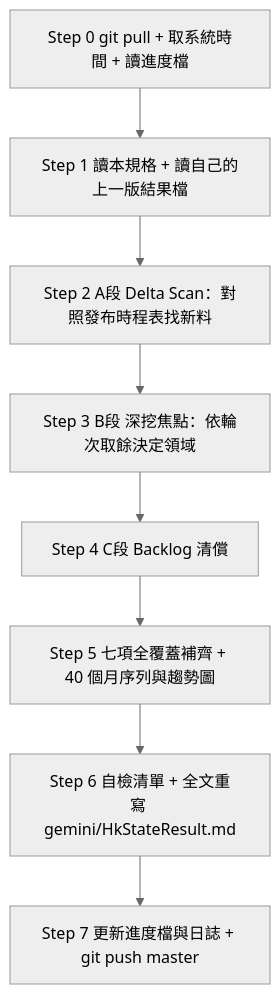
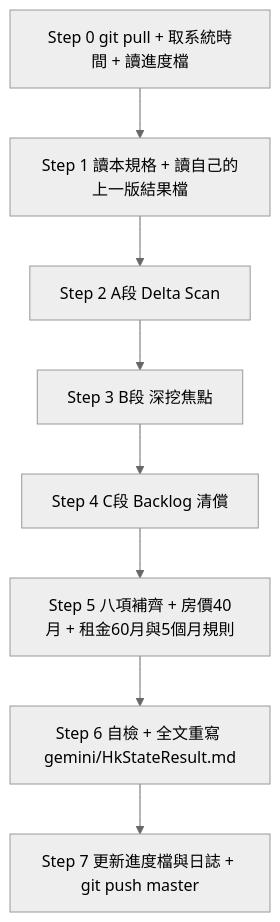
One commit to a9303001/FinancialReport changed the diagram in gemini/gemini_HkState.md. Above: the diagram before and after it, drawn with Mermaid (neutral theme). The commit also changed other lines of this file, not shown here.

First line of the commit message:
optimize(gemini_HkState): 新增一線租金 60 個月序列與 5 個月復甦規則，全文精簡

````diff
--- a/gemini/gemini_HkState.md
+++ b/gemini/gemini_HkState.md
@@ -481,10 +538,10 @@
 ```mermaid
 flowchart TD
     A[Step 0 git pull + 取系統時間 + 讀進度檔] --> B[Step 1 讀本規格 + 讀自己的上一版結果檔]
-    B --> C[Step 2 A段 Delta Scan：對照發布時程表找新料]
-    C --> D[Step 3 B段 深挖焦點：依輪次取餘決定領域]
+    B --> C[Step 2 A段 Delta Scan]
+    C --> D[Step 3 B段 深挖焦點]
     D --> E[Step 4 C段 Backlog 清償]
-    E --> F[Step 5 七項全覆蓋補齊 + 40 個月序列與趨勢圖]
-    F --> G[Step 6 自檢清單 + 全文重寫 gemini/HkStateResult.md]
+    E --> F[Step 5 八項補齊 + 房價40月 + 租金60月與5個月規則]
+    F --> G[Step 6 自檢 + 全文重寫 gemini/HkStateResult.md]
     G --> H[Step 7 更新進度檔與日誌 + git push master]
 ```
````
